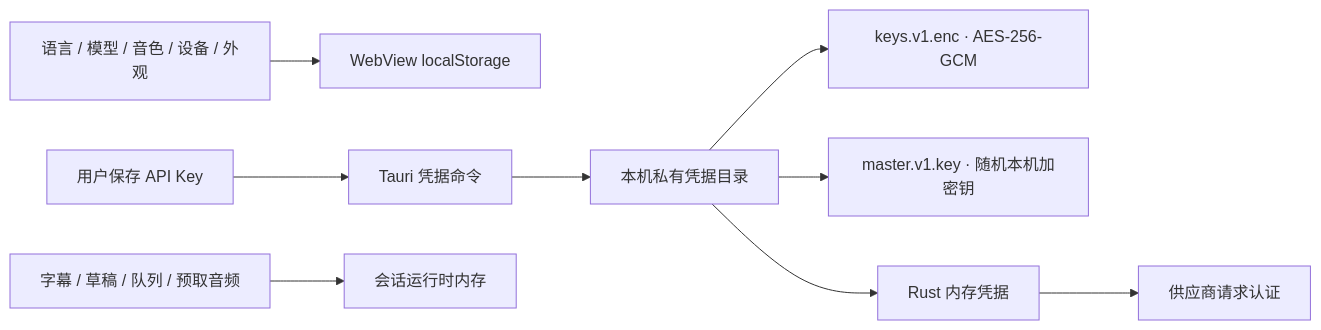
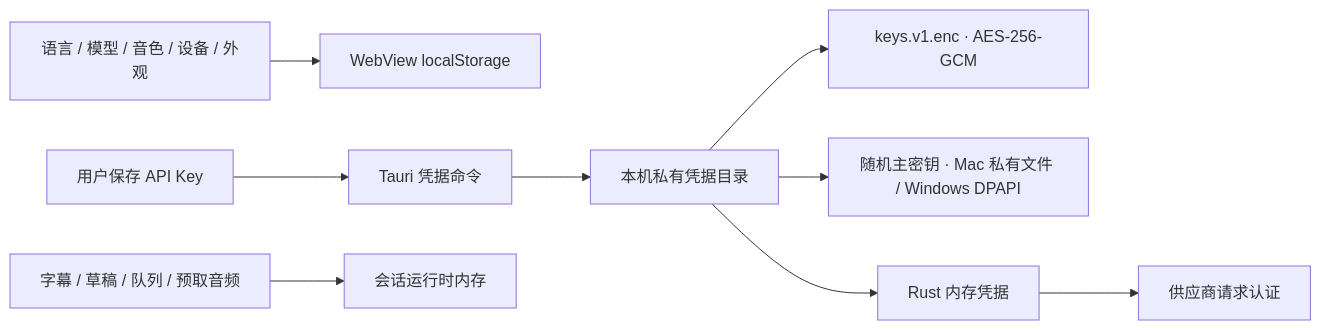
The second of 2 diagrams in docs/02-architecture.md (Zhiruosama/VoxBridge), drawn with Mermaid before and after one commit. The commit also changed other lines of this file and 85 other files, not shown here.

````diff
--- a/docs/02-architecture.md
+++ b/docs/02-architecture.md
@@ -84,11 +85,11 @@
 ```mermaid
 flowchart LR
   Settings[语言 / 模型 / 音色 / 设备 / 外观] --> Local[WebView localStorage]
   KeyInput[用户保存 API Key] --> Save[Tauri 凭据命令]
   Save --> Vault[本机私有凭据目录]
   Vault --> Encrypted[keys.v1.enc · AES-256-GCM]
-  Vault --> Master[master.v1.key · 随机本机加密钥]
+  Vault --> Master[随机主密钥 · Mac 私有文件 / Windows DPAPI]
   Vault --> Memory[Rust 内存凭据]
   Memory --> Request[供应商请求认证]
   Session[字幕 / 草稿 / 队列 / 预取音频] --> RAM[会话运行时内存]
 ```
````
